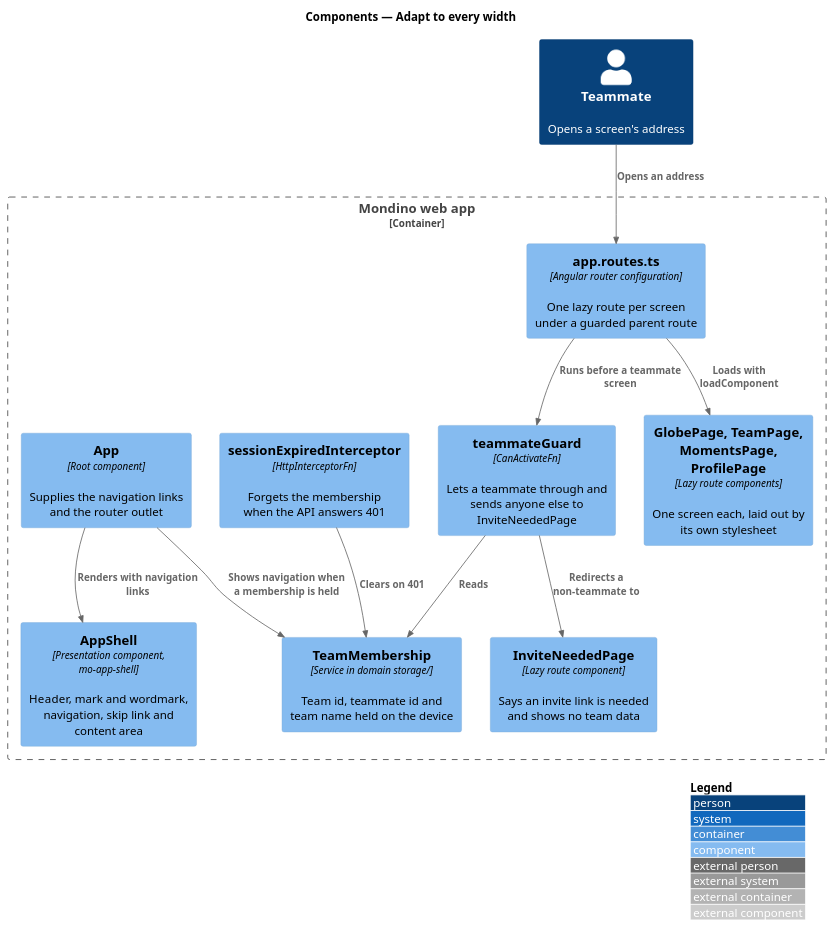
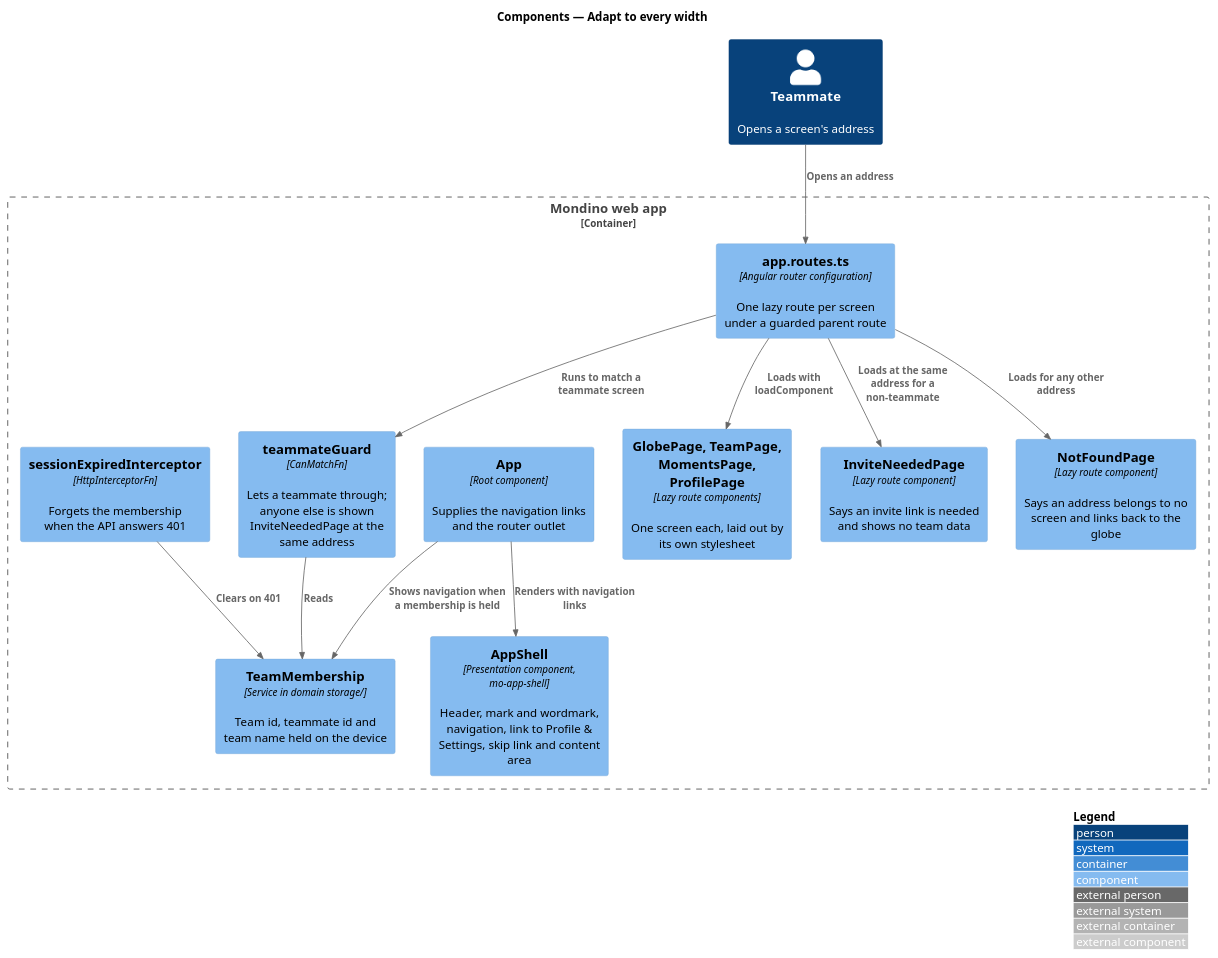
Before and after one commit to QuinntyneBrown/Mondino: the diagram in docs/detailed-designs/platform/adapt-to-every-width/diagrams/c4-component.puml, drawn with PlantUML. The commit also changed 4 other files, not shown here.

```diff
--- a/docs/detailed-designs/platform/adapt-to-every-width/diagrams/c4-component.puml
+++ b/docs/detailed-designs/platform/adapt-to-every-width/diagrams/c4-component.puml
@@ -1,25 +1,27 @@
 @startuml
 !include <C4/C4_Component>
 LAYOUT_WITH_LEGEND()
 title Components — Adapt to every width
 
 Person(teammate, "Teammate", "Opens a screen's address")
 Container_Boundary(spa, "Mondino web app") {
   Component(routes, "app.routes.ts", "Angular router configuration", "One lazy route per screen under a guarded parent route")
-  Component(guard, "teammateGuard", "CanActivateFn", "Lets a teammate through and sends anyone else to InviteNeededPage")
+  Component(guard, "teammateGuard", "CanMatchFn", "Lets a teammate through; anyone else is shown InviteNeededPage at the same address")
   Component(membership, "TeamMembership", "Service in domain storage/", "Team id, teammate id and team name held on the device")
   Component(app, "App", "Root component", "Supplies the navigation links and the router outlet")
-  Component(shell, "AppShell", "Presentation component, mo-app-shell", "Header, mark and wordmark, navigation, skip link and content area")
+  Component(shell, "AppShell", "Presentation component, mo-app-shell", "Header, mark and wordmark, navigation, link to Profile & Settings, skip link and content area")
   Component(pages, "GlobePage, TeamPage, MomentsPage, ProfilePage", "Lazy route components", "One screen each, laid out by its own stylesheet")
   Component(needed, "InviteNeededPage", "Lazy route component", "Says an invite link is needed and shows no team data")
+  Component(notfound, "NotFoundPage", "Lazy route component", "Says an address belongs to no screen and links back to the globe")
   Component(expired, "sessionExpiredInterceptor", "HttpInterceptorFn", "Forgets the membership when the API answers 401")
 }
 Rel(teammate, routes, "Opens an address")
-Rel(routes, guard, "Runs before a teammate screen")
+Rel(routes, guard, "Runs to match a teammate screen")
 Rel(guard, membership, "Reads")
-Rel(guard, needed, "Redirects a non-teammate to")
+Rel(routes, needed, "Loads at the same address for a non-teammate")
+Rel(routes, notfound, "Loads for any other address")
 Rel(routes, pages, "Loads with loadComponent")
 Rel(app, shell, "Renders with navigation links")
 Rel(app, membership, "Shows navigation when a membership is held")
 Rel(expired, membership, "Clears on 401")
 @enduml
```
